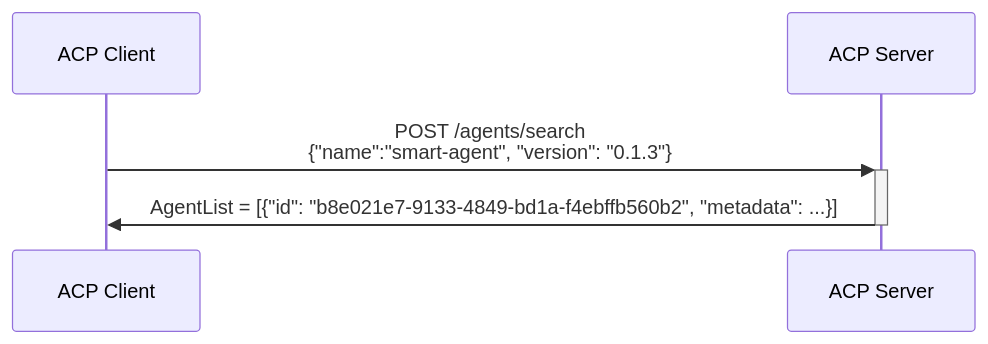
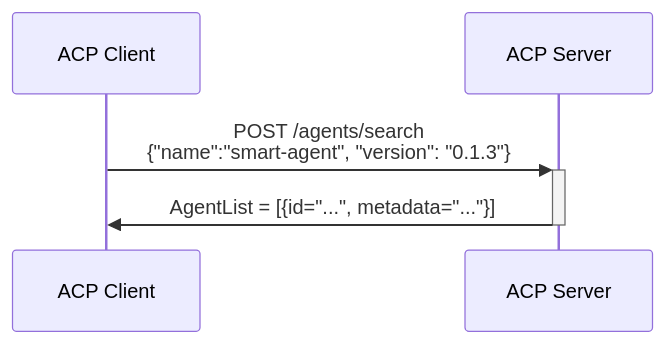
One commit to agntcy/acp-spec changed the second of 4 diagrams in docs/README.md. Above: the diagram before and after it, drawn with Mermaid. The commit also changed other lines of this file, not shown here.

````diff
--- a/docs/README.md
+++ b/docs/README.md
@@ -36,7 +33,7 @@
 ```mermaid
 sequenceDiagram
     participant C as ACP Client
     participant S as ACP Server
     C->>+S: POST /agents/search <br/>{"name":"smart-agent", "version": "0.1.3"}
-    S->>-C: AgentList = [{"id": "b8e021e7-9133-4849-bd1a-f4ebffb560b2", "metadata": ...}]
+    S->>-C: AgentList = [{id="...", metadata="..."}]
 ```
````
